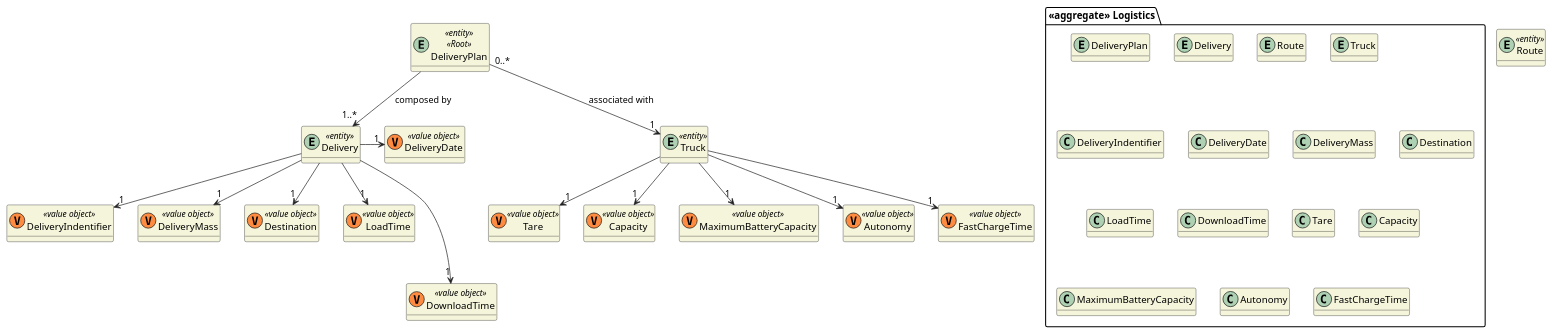
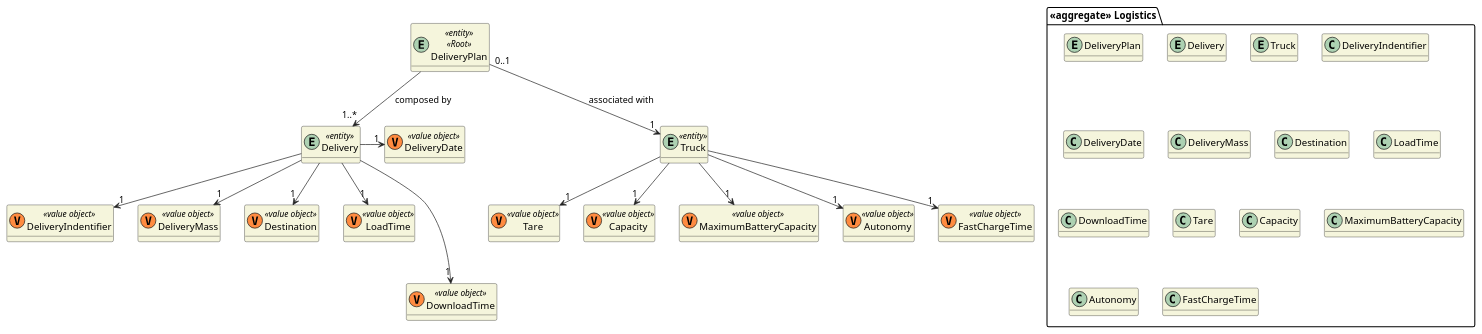
One commit to 0franciscor/dei_3dj_057 changed the diagram in Documents/DMs/DMLogistics.puml. Above: the diagram before and after it, drawn with PlantUML. The commit also changed 2 other files, not shown here.

```diff
--- a/Documents/DMs/DMLogistics.puml
+++ b/Documents/DMs/DMLogistics.puml
@@ -1,73 +1,68 @@
 @startuml DMLogistics
 
 skinparam classAttributeIconSize 0
 hide empty attributes
 skinparam classBackgroundColor beige
 skinparam ArrowColor #222222
 
 package "<<aggregate>> Logistics"{
     entity DeliveryPlan
     entity Delivery 
-    entity Route 
     entity Truck 
     class DeliveryIndentifier
     class DeliveryDate
     class DeliveryMass
     class Destination
     class LoadTime
     class DownloadTime
     class Tare
     class Capacity
     class MaximumBatteryCapacity
     class Autonomy
     class FastChargeTime
 
 }
 
 entity DeliveryPlan <<entity>> <<Root>>{
 
 }
 
 entity Delivery <<entity>>{
   
 }
 
 class DeliveryIndentifier <<(V,#FF8B40) value object>>
 class DeliveryDate <<(V,#FF8B40) value object>>
 class DeliveryMass <<(V,#FF8B40) value object>>
 class Destination <<(V,#FF8B40) value object>>
 class LoadTime <<(V,#FF8B40) value object>>
 class DownloadTime <<(V,#FF8B40) value object>>
 
 
-entity Route <<entity>>{
-
-}
-
 entity Truck <<entity>>{
 
 }
 class Tare <<(V,#FF8B40) value object>>
 class Capacity <<(V,#FF8B40) value object>>
 class MaximumBatteryCapacity <<(V,#FF8B40) value object>>
 class Autonomy <<(V,#FF8B40) value object>>
 class FastChargeTime <<(V,#FF8B40) value object>>
 
 DeliveryPlan --> "1..*" Delivery : composed by 
-DeliveryPlan "0..*"--> "1" Truck : associated with 
+DeliveryPlan "0..1"--> "1" Truck : associated with 
 
 
 Delivery ->"1" DeliveryDate
 Delivery --> "1" DeliveryIndentifier
 Delivery --> "1" DeliveryMass
 Delivery --> "1" Destination
 Delivery --> "1" LoadTime
 Delivery --->"1" DownloadTime
 
 Truck --> "1" Tare
 Truck --> "1" Capacity 
 Truck --> "1" MaximumBatteryCapacity
 Truck --> "1" Autonomy
 Truck --> "1" FastChargeTime
 
 @enduml
```
